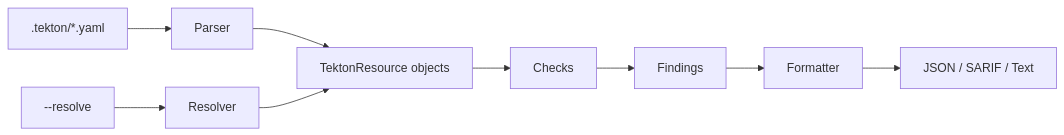
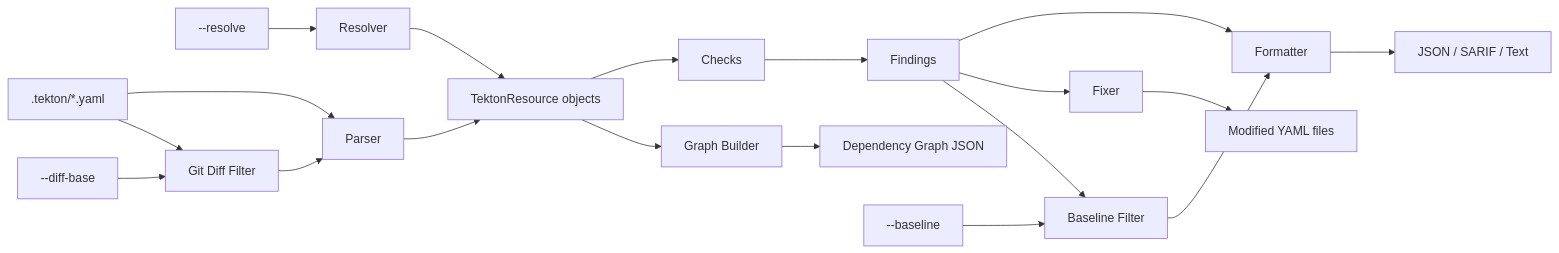
Before and after one commit to ugiordan/tekton-guard: the diagram in site/docs/architecture/overview.md, drawn with Mermaid. The commit also changed other lines of this file and 9 other files, not shown here.

First line of the commit message:
docs: update all documentation for v2 (27 checks, auto-fix, CI gate, graph)

````diff
--- a/site/docs/architecture/overview.md
+++ b/site/docs/architecture/overview.md
@@ -18,12 +33,26 @@
 ```mermaid
 graph LR
     A[.tekton/*.yaml] --> B[Parser]
     B --> C[TektonResource objects]
     C --> D[Checks]
     D --> E[Findings]
     E --> F[Formatter]
     F --> G[JSON / SARIF / Text]
 
     H[--resolve] --> I[Resolver]
     I --> C
+
+    E --> J[Fixer]
+    J --> K[Modified YAML files]
+
+    C --> L[Graph Builder]
+    L --> M[Dependency Graph JSON]
+
+    N[--baseline] --> O[Baseline Filter]
+    E --> O
+    O --> F
+
+    P[--diff-base] --> Q[Git Diff Filter]
+    A --> Q
+    Q --> B
 ```
````
